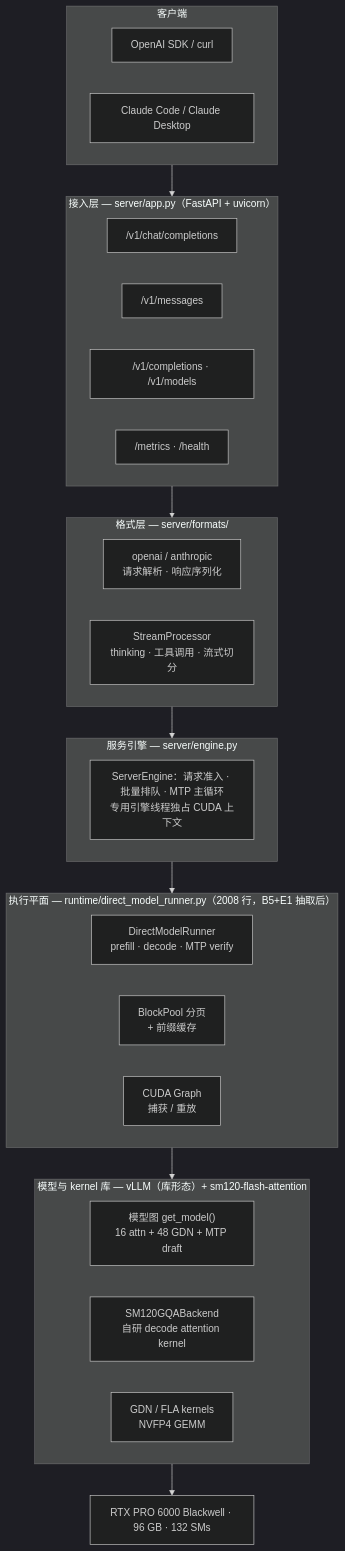
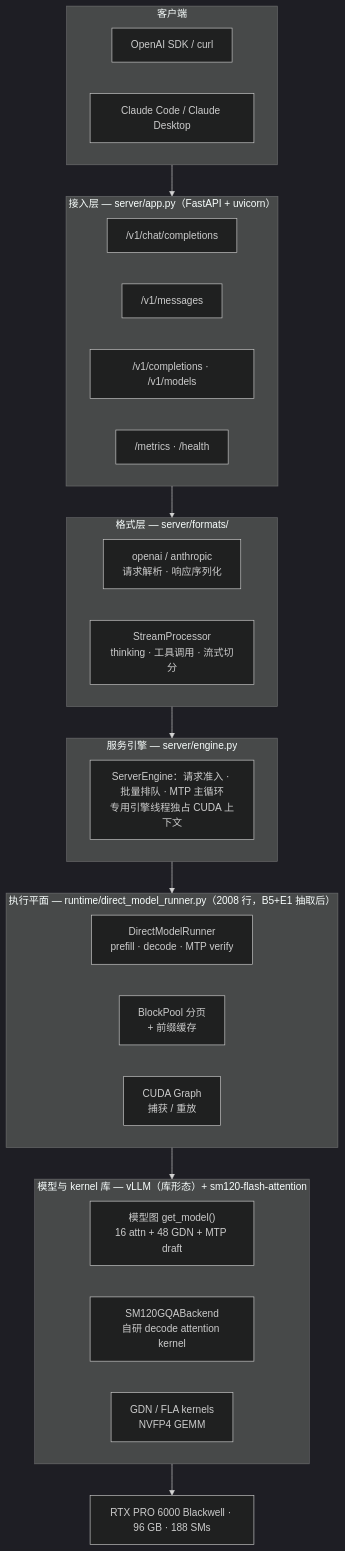
The first of 5 diagrams in docs/architecture.md (jieen1/BlackweLLM), drawn with Mermaid (dark theme) before and after one commit. The commit also changed other lines of this file and 2 other files, not shown here.

````diff
--- a/docs/architecture.md
+++ b/docs/architecture.md
@@ -51,37 +51,37 @@
 ```mermaid
 flowchart TB
     subgraph clients["客户端"]
         direction LR
         c1["OpenAI SDK / curl"]
         c2["Claude Code / Claude Desktop"]
     end
     subgraph api["接入层 — server/app.py（FastAPI + uvicorn）"]
         direction LR
         ep1["/v1/chat/completions"]
         ep2["/v1/messages"]
         ep3["/v1/completions · /v1/models"]
         ep4["/metrics · /health"]
     end
     subgraph fmt["格式层 — server/formats/"]
         direction LR
         f1["openai / anthropic<br/>请求解析 · 响应序列化"]
         f2["StreamProcessor<br/>thinking · 工具调用 · 流式切分"]
     end
     subgraph eng["服务引擎 — server/engine.py"]
         e1["ServerEngine：请求准入 · 批量排队 · MTP 主循环<br/>专用引擎线程独占 CUDA 上下文"]
     end
     subgraph rt["执行平面 — runtime/direct_model_runner.py（2008 行，B5+E1 抽取后）"]
         direction LR
         r1["DirectModelRunner<br/>prefill · decode · MTP verify"]
         r2["BlockPool 分页<br/>+ 前缀缓存"]
         r3["CUDA Graph<br/>捕获 / 重放"]
     end
     subgraph lib["模型与 kernel 库 — vLLM（库形态）+ sm120-flash-attention"]
         direction LR
         v1["模型图 get_model()<br/>16 attn + 48 GDN + MTP draft"]
         v2["SM120GQABackend<br/>自研 decode attention kernel"]
         v3["GDN / FLA kernels<br/>NVFP4 GEMM"]
     end
-    gpu["RTX PRO 6000 Blackwell · 96 GB · 132 SMs"]
+    gpu["RTX PRO 6000 Blackwell · 96 GB · 188 SMs"]
     clients --> api --> fmt --> eng --> rt --> lib --> gpu
 ```
````
